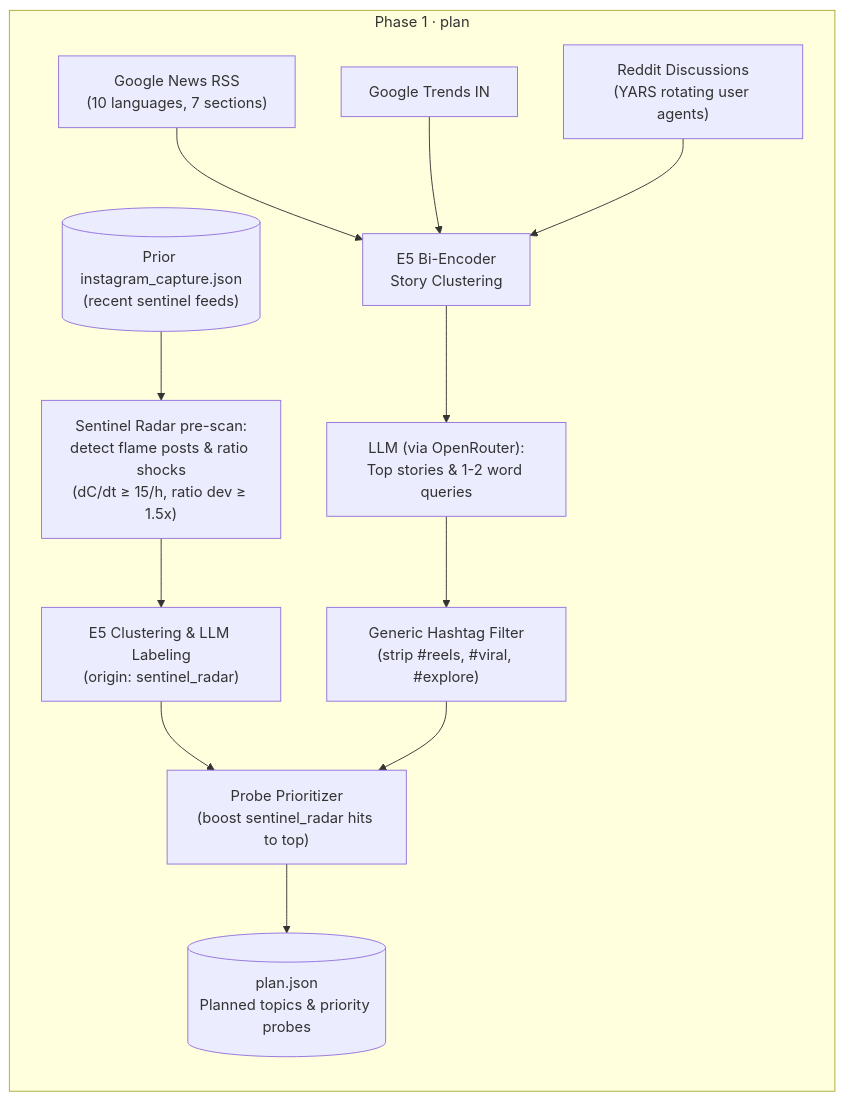
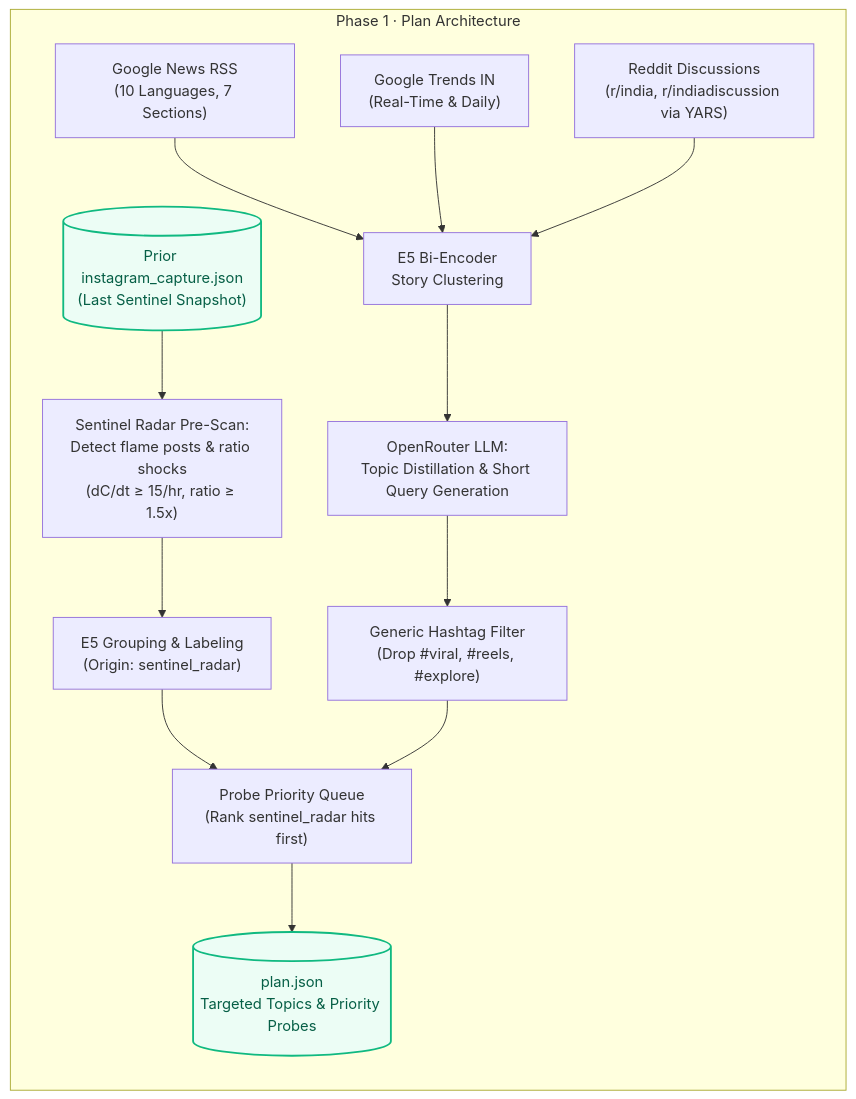
The fourth of 18 diagrams in docs/ARCHITECTURE.md (shankha06/identify-what-matters), drawn with Mermaid before and after one commit. The commit also changed other lines of this file and 21 other files, not shown here.

````diff
--- a/docs/ARCHITECTURE.md
+++ b/docs/ARCHITECTURE.md
@@ -97,18 +245,22 @@
 ```mermaid
 flowchart TD
-    subgraph Plan["Phase 1 · plan"]
+    subgraph P1["Phase 1 · Plan Architecture"]
         direction TB
-        RSS["Google News RSS<br/>(10 languages, 7 sections)"] --> E5_P["E5 Bi-Encoder<br/>Story Clustering"]
-        GT["Google Trends IN"] --> E5_P
-        REDDIT["Reddit Discussions<br/>(YARS rotating user agents)"] --> E5_P
-        E5_P --> LLM_PLAN["LLM (via OpenRouter):<br/>Top stories & 1-2 word queries"]
+        RSS["Google News RSS<br/>(10 Languages, 7 Sections)"] --> E5_P["E5 Bi-Encoder<br/>Story Clustering"]
+        GT["Google Trends IN<br/>(Real-Time & Daily)"] --> E5_P
+        REDDIT["Reddit Discussions<br/>(r/india, r/indiadiscussion via YARS)"] --> E5_P
 
-        PREV_CAP[("Prior instagram_capture.json<br/>(recent sentinel feeds)")] --> RADAR_P["Sentinel Radar pre-scan:<br/>detect flame posts & ratio shocks<br/>(dC/dt &ge; 15/h, ratio dev &ge; 1.5x)"]
-        RADAR_P --> E5_SENT["E5 Clustering & LLM Labeling<br/>(origin: sentinel_radar)"]
+        E5_P --> LLM_PLAN["OpenRouter LLM:<br/>Topic Distillation & Short Query Generation"]
 
-        LLM_PLAN --> GHF["Generic Hashtag Filter<br/>(strip #reels, #viral, #explore)"]
-        E5_SENT --> PRIO["Probe Prioritizer<br/>(boost sentinel_radar hits to top)"]
+        PREV_CAP[("Prior instagram_capture.json<br/>(Last Sentinel Snapshot)")] --> RADAR_PRE["Sentinel Radar Pre-Scan:<br/>Detect flame posts & ratio shocks<br/>(dC/dt &ge; 15/hr, ratio &ge; 1.5x)"]
+        RADAR_PRE --> E5_SENT["E5 Grouping & Labeling<br/>(Origin: sentinel_radar)"]
+
+        LLM_PLAN --> GHF["Generic Hashtag Filter<br/>(Drop #viral, #reels, #explore)"]
+        E5_SENT --> PRIO["Probe Priority Queue<br/>(Rank sentinel_radar hits first)"]
         GHF --> PRIO
-        PRIO --> PLAN_JSON[("plan.json<br/>Planned topics & priority probes")]
+        PRIO --> PLAN_JSON[("plan.json<br/>Targeted Topics & Priority Probes")]
     end
+
+    classDef store fill:#ecfdf5,stroke:#10b981,stroke-width:2px,color:#065f46;
+    class PREV_CAP,PLAN_JSON store;
 ```
````
